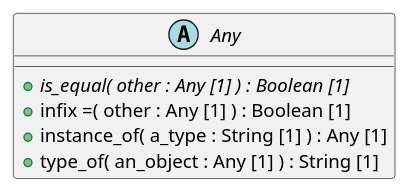
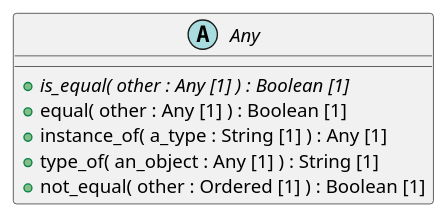
The diagram in code/Adoc/openehr_base_1.2.0/plantUML/packages/org.openehr.base.foundation_types.adoc (sebastian-iancu/code-generator), drawn with PlantUML before and after one commit. The commit also changed 719 other files, not shown here.

```diff
--- a/code/Adoc/openehr_base_1.2.0/plantUML/packages/org.openehr.base.foundation_types.adoc
+++ b/code/Adoc/openehr_base_1.2.0/plantUML/packages/org.openehr.base.foundation_types.adoc
@@ -1,14 +1,15 @@
 [plantuml,org.openehr.base.foundation_types,format=svg,svg-type="inline"]
 -----
 @startuml
 
 abstract class Any {
   + {abstract} is_equal( other : Any [1] ) : Boolean [1]
-  + infix =( other : Any [1] ) : Boolean [1]
+  + equal( other : Any [1] ) : Boolean [1]
   + instance_of( a_type : String [1] ) : Any [1]
   + type_of( an_object : Any [1] ) : String [1]
+  + not_equal( other : Ordered [1] ) : Boolean [1]
 }
 
 
 @enduml
 -----
```
